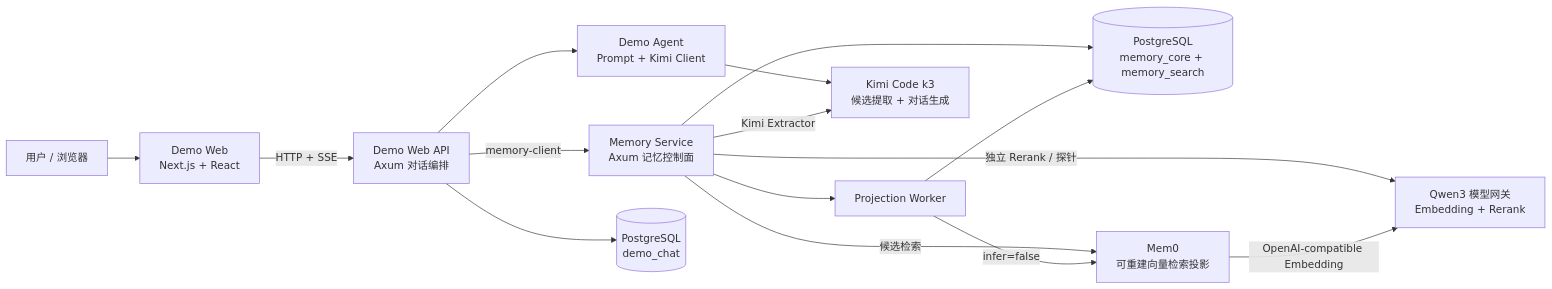
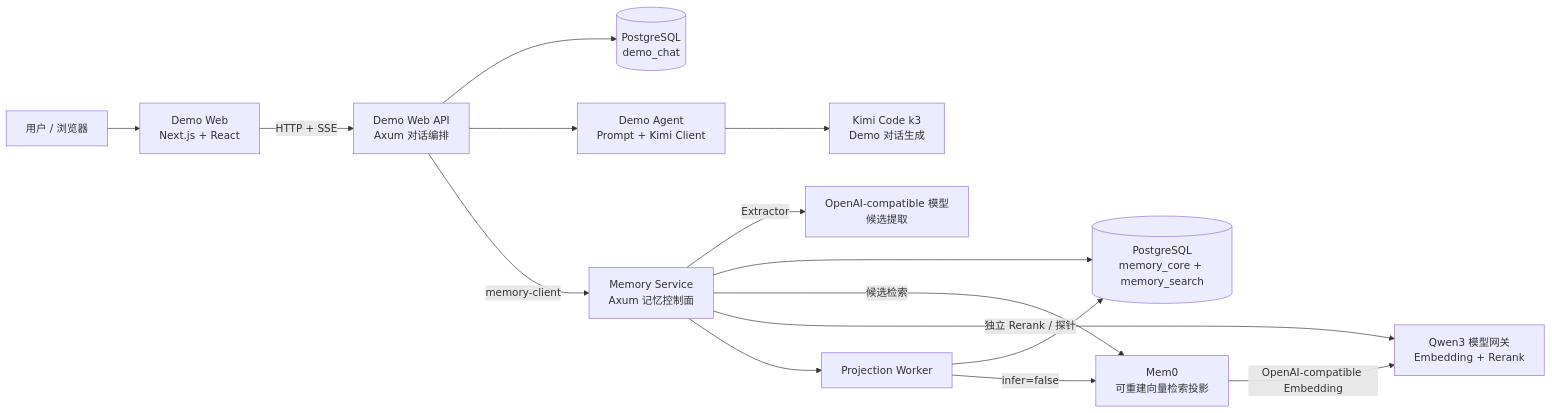
Before and after one commit to DongRuibo/drb-Memory-system: the first of 3 diagrams in docs/18-project-and-code-architecture.md, drawn with Mermaid. The commit also changed other lines of this file and 20 other files, not shown here.

````diff
--- a/docs/18-project-and-code-architecture.md
+++ b/docs/18-project-and-code-architecture.md
@@ -26,29 +26,30 @@
 ```mermaid
 flowchart LR
     U["用户 / 浏览器"]
     WEB["Demo Web<br/>Next.js + React"]
     API["Demo Web API<br/>Axum 对话编排"]
     AGENT["Demo Agent<br/>Prompt + Kimi Client"]
     MEMORY["Memory Service<br/>Axum 记忆控制面"]
     CHATDB[("PostgreSQL<br/>demo_chat")]
     COREDB[("PostgreSQL<br/>memory_core + memory_search")]
     WORKER["Projection Worker"]
     MEM0["Mem0<br/>可重建向量检索投影"]
     QWEN["Qwen3 模型网关<br/>Embedding + Rerank"]
-    KIMI["Kimi Code k3<br/>候选提取 + 对话生成"]
+    EXTRACTOR["OpenAI-compatible 模型<br/>候选提取"]
+    KIMI["Kimi Code k3<br/>Demo 对话生成"]
 
     U --> WEB
     WEB -->|"HTTP + SSE"| API
     API --> CHATDB
     API --> AGENT
     API -->|"memory-client"| MEMORY
     AGENT --> KIMI
-    MEMORY -->|"Kimi Extractor"| KIMI
+    MEMORY -->|"Extractor"| EXTRACTOR
     MEMORY --> COREDB
     MEMORY -->|"候选检索"| MEM0
     MEMORY -->|"独立 Rerank / 探针"| QWEN
     WORKER --> COREDB
     WORKER -->|"infer=false"| MEM0
     MEMORY --> WORKER
     MEM0 -->|"OpenAI-compatible Embedding"| QWEN
 ```
````
